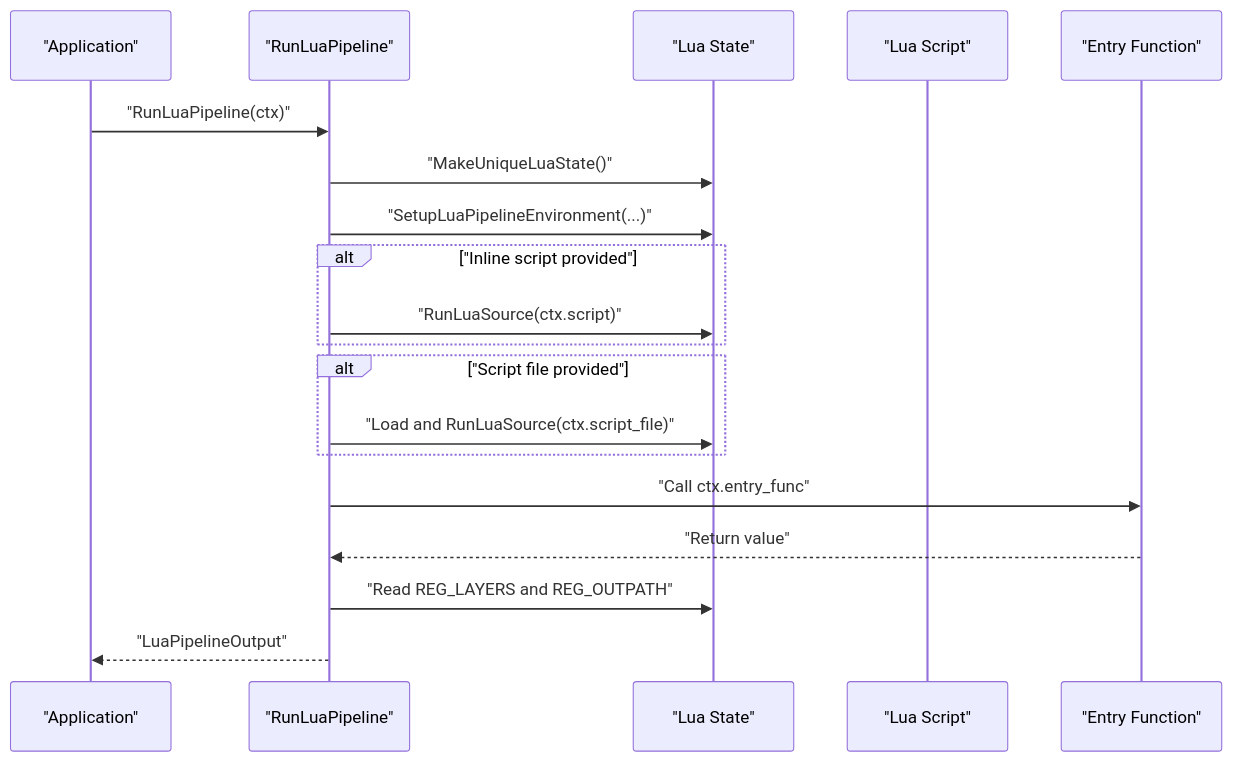
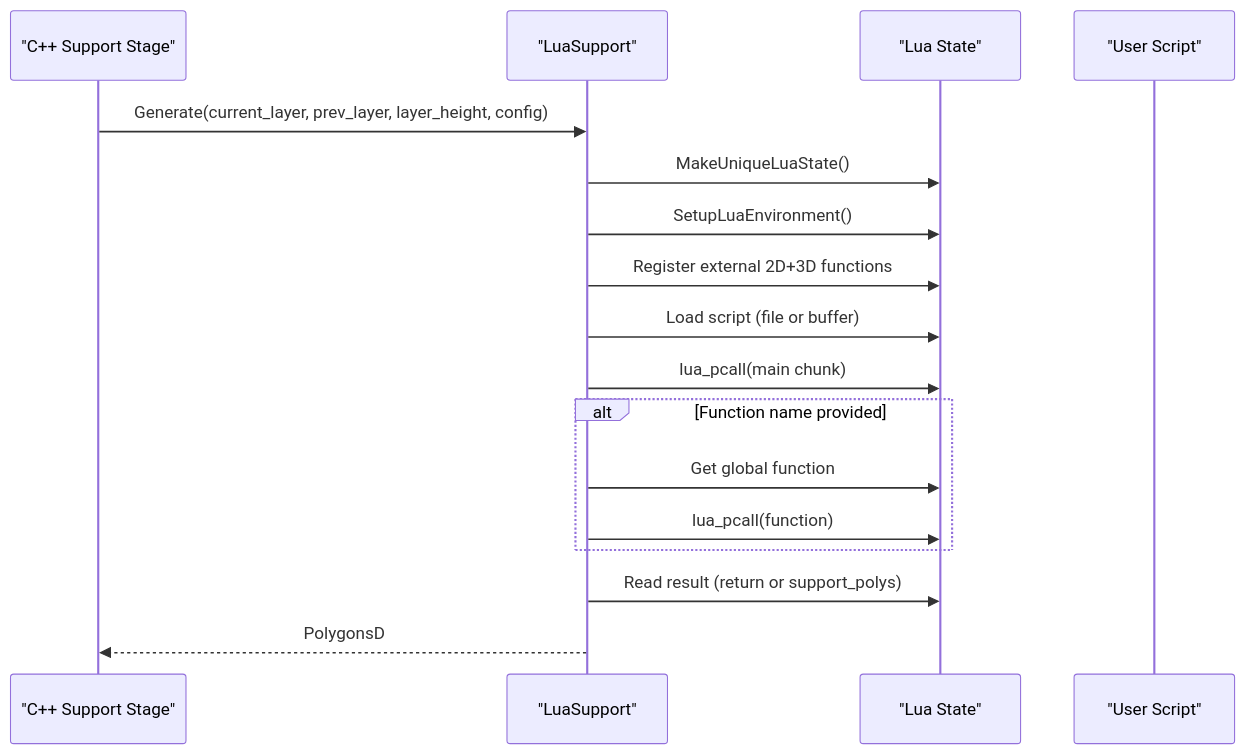
Before and after one commit to hsmbanlance/HsBaSlicer: the sixth of 7 diagrams in .qoder/repowiki/en/content/Lua Scripting System/Lua Environment Setup.md, drawn with Mermaid. The commit also changed other lines of this file and 1095 other files, not shown here.

````diff
--- a/.qoder/repowiki/en/content/Lua Scripting System/Lua Environment Setup.md
+++ b/.qoder/repowiki/en/content/Lua Scripting System/Lua Environment Setup.md
@@ -291,21 +338,19 @@
 ```mermaid
 sequenceDiagram
-participant App as "Application"
-participant Runner as "RunLuaPipeline"
-participant Lua as "Lua State"
-participant Script as "Lua Script"
-participant Entry as "Entry Function"
-App->>Runner : "RunLuaPipeline(ctx)"
-Runner->>Lua : "MakeUniqueLuaState()"
-Runner->>Lua : "SetupLuaPipelineEnvironment(...)"
-alt "Inline script provided"
-Runner->>Lua : "RunLuaSource(ctx.script)"
+participant Caller as "C++ Support Stage"
+participant LS as "LuaSupport"
+participant L as "Lua State"
+participant Script as "User Script"
+Caller->>LS : Generate(current_layer, prev_layer, layer_height, config)
+LS->>L : MakeUniqueLuaState()
+LS->>L : SetupLuaEnvironment()
+LS->>L : Register external 2D+3D functions
+LS->>L : Load script (file or buffer)
+LS->>L : lua_pcall(main chunk)
+alt Function name provided
+LS->>L : Get global function
+LS->>L : lua_pcall(function)
 end
-alt "Script file provided"
-Runner->>Lua : "Load and RunLuaSource(ctx.script_file)"
-end
-Runner->>Entry : "Call ctx.entry_func"
-Entry-->>Runner : "Return value"
-Runner->>Lua : "Read REG_LAYERS and REG_OUTPATH"
-Runner-->>App : "LuaPipelineOutput"
+LS->>L : Read result (return or support_polys)
+LS-->>Caller : PolygonsD
 ```
````
